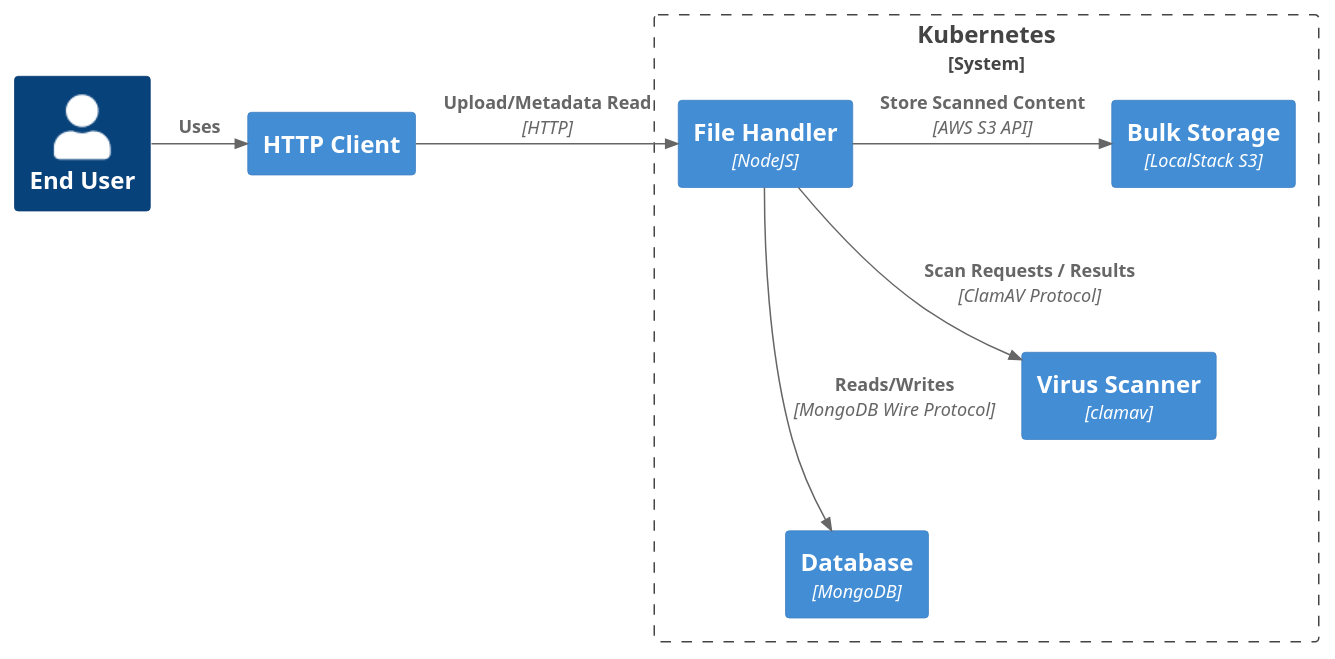
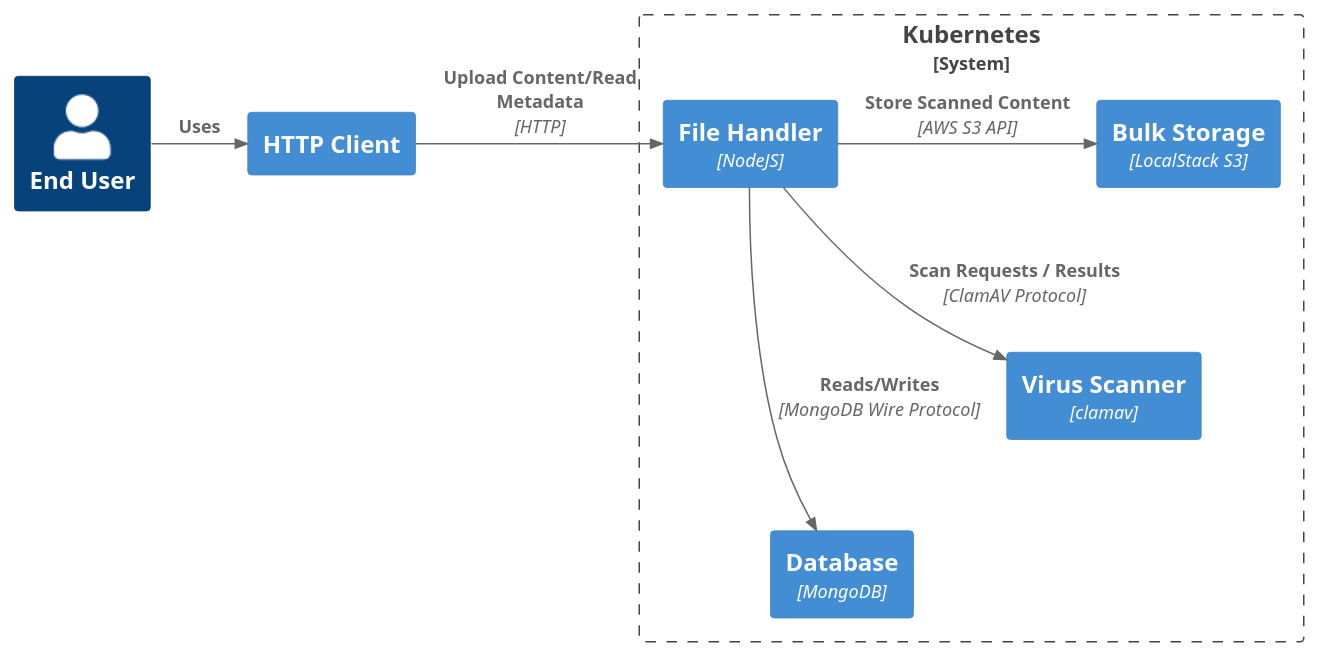
Before and after one commit to XinyuKang22/kata-separation-of-concerns: the diagram in uml/overview.puml, drawn with PlantUML. The commit also changed 6 other files, not shown here.

Commit message:
Added creation vs usage diagram

```diff
--- a/uml/overview.puml
+++ b/uml/overview.puml
@@ -1,33 +1,33 @@
 @startuml C4_Elements
 !include https://raw.githubusercontent.com/plantuml-stdlib/C4-PlantUML/master/C4_Container.puml
 
 HIDE_STEREOTYPE()
 
 Person(alice, "End User")
 
 Container(client, "HTTP Client", "", "")
 
 System_Boundary(c1, "Kubernetes"){
     Container(api, "File Handler", "NodeJS", "")
 
     Container(db, "Database", "MongoDB")
 
     Container(s3, "Bulk Storage", "LocalStack S3")
 
     Container(clamav, "Virus Scanner", "clamav")
 }
 
 Rel_R(alice, client, "Uses", "")
 
-Rel_R(client, api, "Upload/Metadata Read", "HTTP")
+Rel_R(client, api, "Upload Content/Read Metadata", "HTTP")
 
 Rel_R(api, db, "Reads/Writes", "MongoDB Wire Protocol")
 
 Rel_R(api, clamav, "Scan Requests / Results", "ClamAV Protocol")
 
 Rel_R(api, s3, "Store Scanned Content", "AWS S3 API")
 
 Lay_D(s3, clamav)
 
 Lay_D(clamav, db)
 @enduml
```
